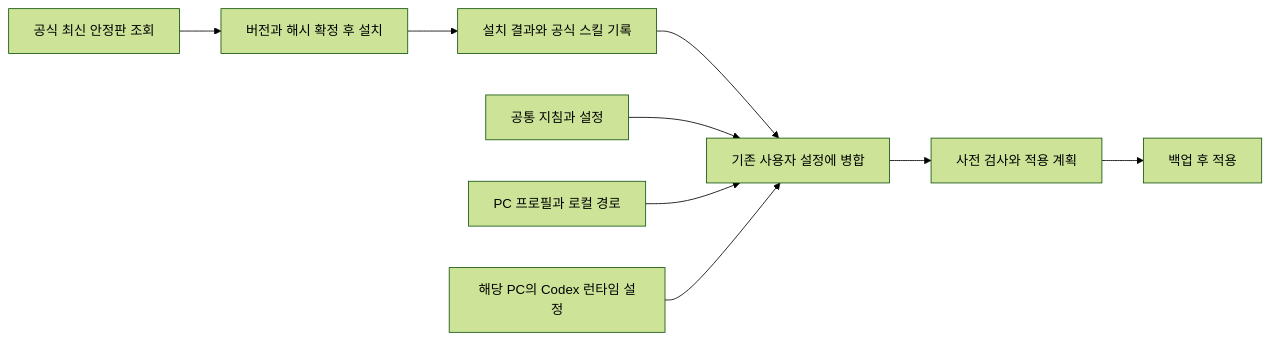
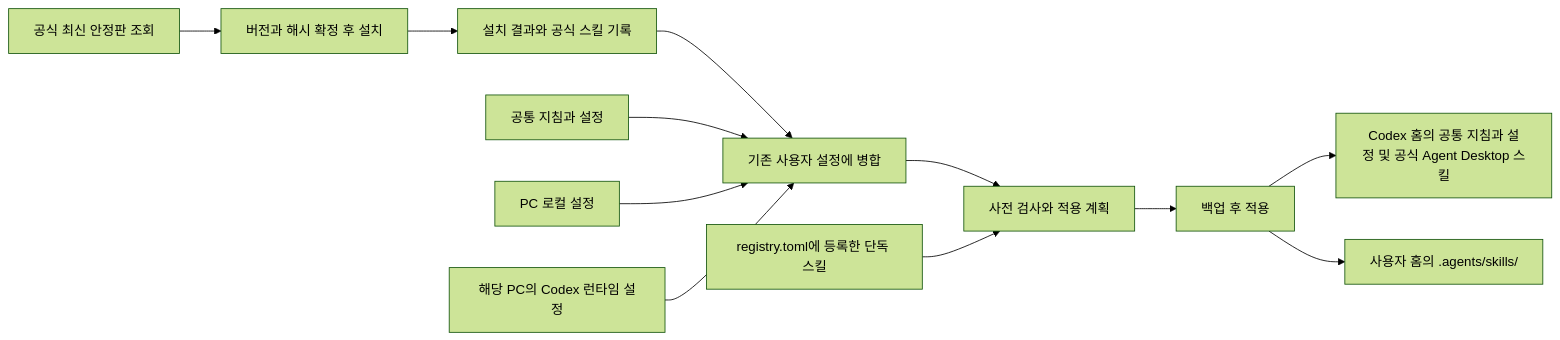
One commit to tttaliesin/personal-harness changed the second of 2 diagrams in README.md. Above: the diagram before and after it, drawn with Mermaid (forest theme). The commit also changed other lines of this file and 118 other files, not shown here.

````diff
--- a/README.md
+++ b/README.md
@@ -174,11 +181,14 @@
 ```mermaid
 flowchart LR
     U[공식 최신 안정판 조회] --> I[버전과 해시 확정 후 설치]
     I --> L[설치 결과와 공식 스킬 기록]
     L --> M[기존 사용자 설정에 병합]
     C[공통 지침과 설정] --> M
-    H[PC 프로필과 로컬 경로] --> M
+    H[PC 로컬 설정] --> M
     R[해당 PC의 Codex 런타임 설정] --> M
     M --> P[사전 검사와 적용 계획]
+    S[registry.toml에 등록한 단독 스킬] --> P
     P --> A[백업 후 적용]
+    A --> O[Codex 홈의 공통 지침과 설정 및 공식 Agent Desktop 스킬]
+    A --> D["사용자 홈의 .agents/skills/"]
 ```
````
